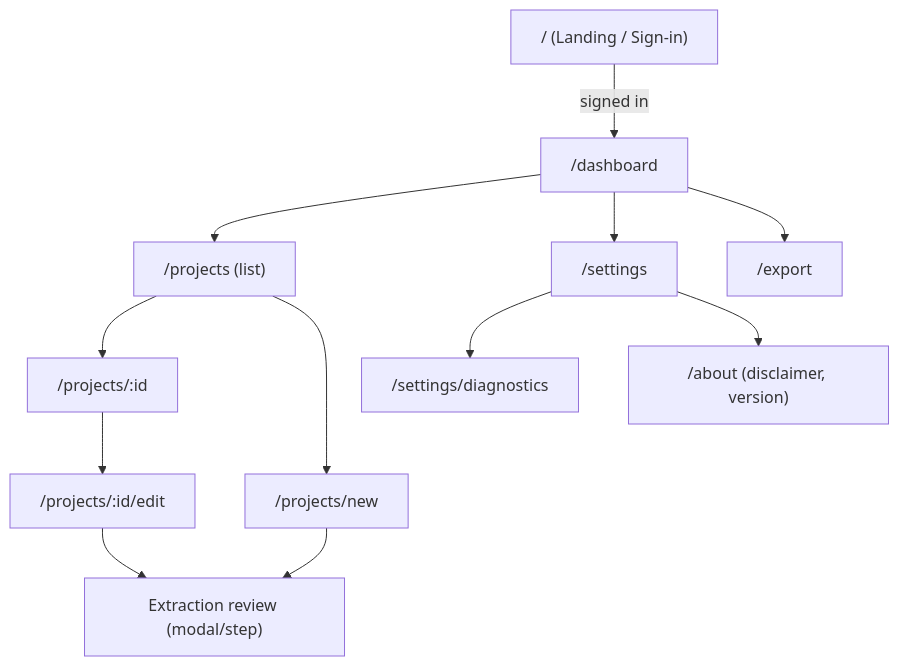
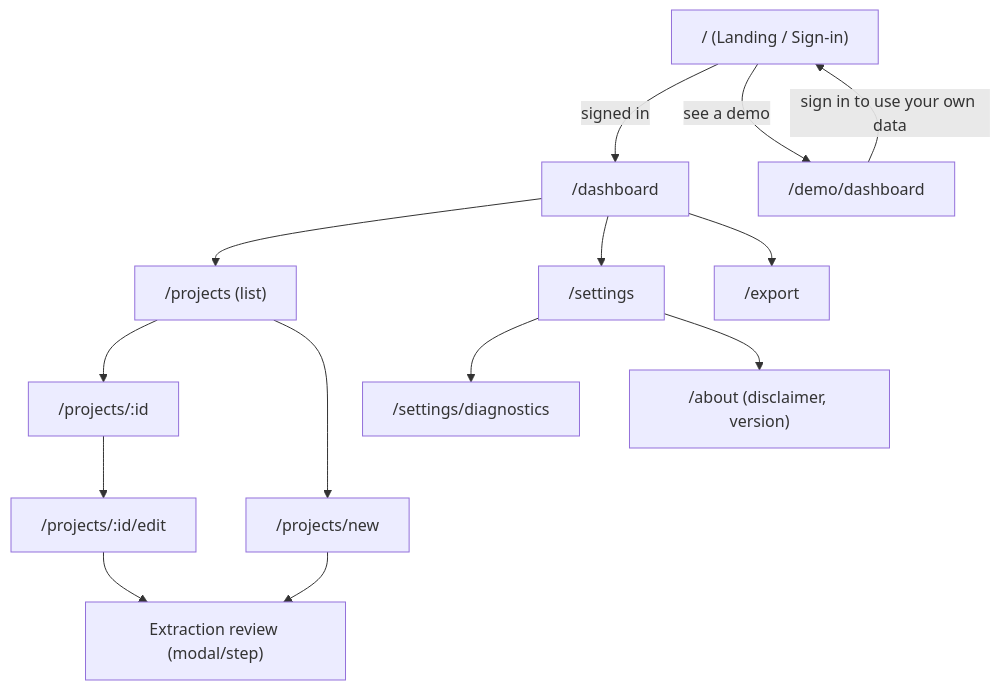
Before and after one commit to jbisasky/capital-improvements-tracker: the first of 3 diagrams in docs/ui-ux-design.md, drawn with Mermaid. The commit also changed other lines of this file and 11 other files, not shown here.

````diff
--- a/docs/ui-ux-design.md
+++ b/docs/ui-ux-design.md
@@ -74,14 +74,16 @@
 ```mermaid
 flowchart TD
     Landing["/ (Landing / Sign-in)"] -->|signed in| Dash["/dashboard"]
+    Landing -->|see a demo| Demo["/demo/dashboard"]
+    Demo -->|sign in to use your own data| Landing
     Dash --> Projects["/projects (list)"]
     Projects --> Detail["/projects/:id"]
     Projects --> New["/projects/new"]
     Detail --> Edit["/projects/:id/edit"]
     New --> Review["Extraction review (modal/step)"]
     Edit --> Review
     Dash --> Settings["/settings"]
     Settings --> Diag["/settings/diagnostics"]
     Dash --> Export["/export"]
     Settings --> About["/about (disclaimer, version)"]
 ```
````
